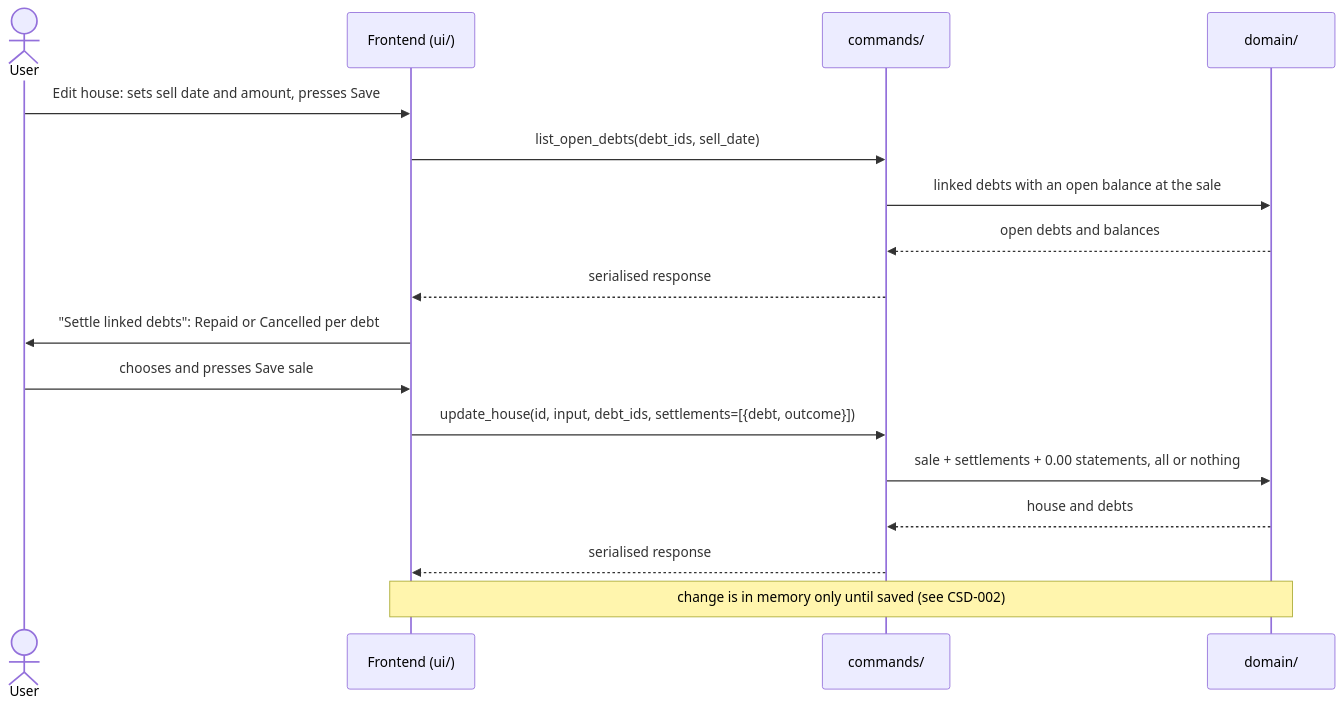
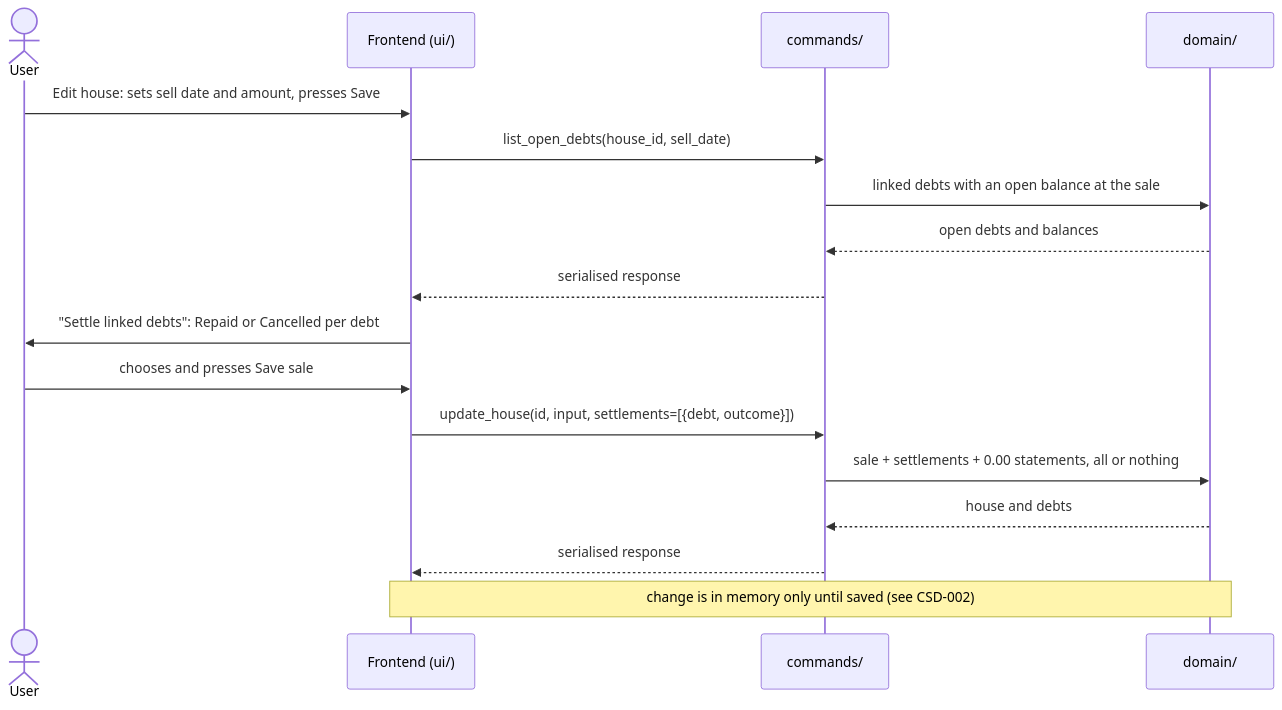
The first of 2 diagrams in docs/csd/CSD-020-debt-linked-to-house.md (BardoelT/personal-finance), drawn with Mermaid before and after one commit. The commit also changed other lines of this file and 1 other file, not shown here.

Commit message:
docs(csd): link a debt to a house in the debt form, with a debt category (CSD-020 v0.2)

````diff
--- a/docs/csd/CSD-020-debt-linked-to-house.md
+++ b/docs/csd/CSD-020-debt-linked-to-house.md
@@ -48,19 +49,19 @@
 ```mermaid
 sequenceDiagram
     actor U as User
     participant UI as Frontend (ui/)
     participant CMD as commands/
     participant DOM as domain/
     U->>UI: Edit house: sets sell date and amount, presses Save
-    UI->>CMD: list_open_debts(debt_ids, sell_date)
+    UI->>CMD: list_open_debts(house_id, sell_date)
     CMD->>DOM: linked debts with an open balance at the sale
     DOM-->>CMD: open debts and balances
     CMD-->>UI: serialised response
     UI->>U: "Settle linked debts": Repaid or Cancelled per debt
     U->>UI: chooses and presses Save sale
-    UI->>CMD: update_house(id, input, debt_ids, settlements=[{debt, outcome}])
+    UI->>CMD: update_house(id, input, settlements=[{debt, outcome}])
     CMD->>DOM: sale + settlements + 0.00 statements, all or nothing
     DOM-->>CMD: house and debts
     CMD-->>UI: serialised response
     Note over UI,DOM: change is in memory only until saved (see CSD-002)
 ```
````
